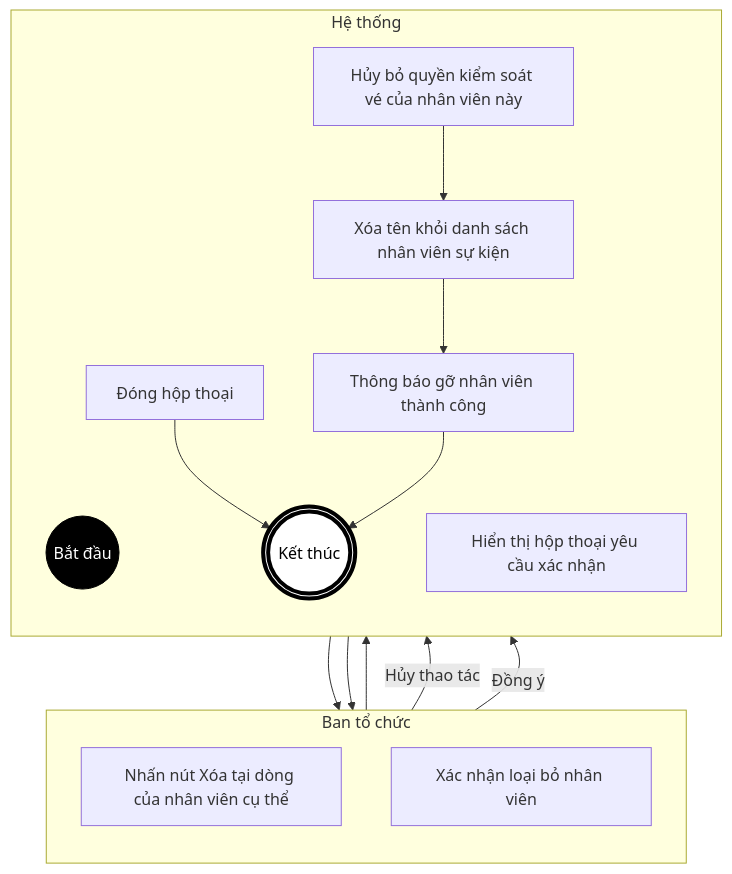
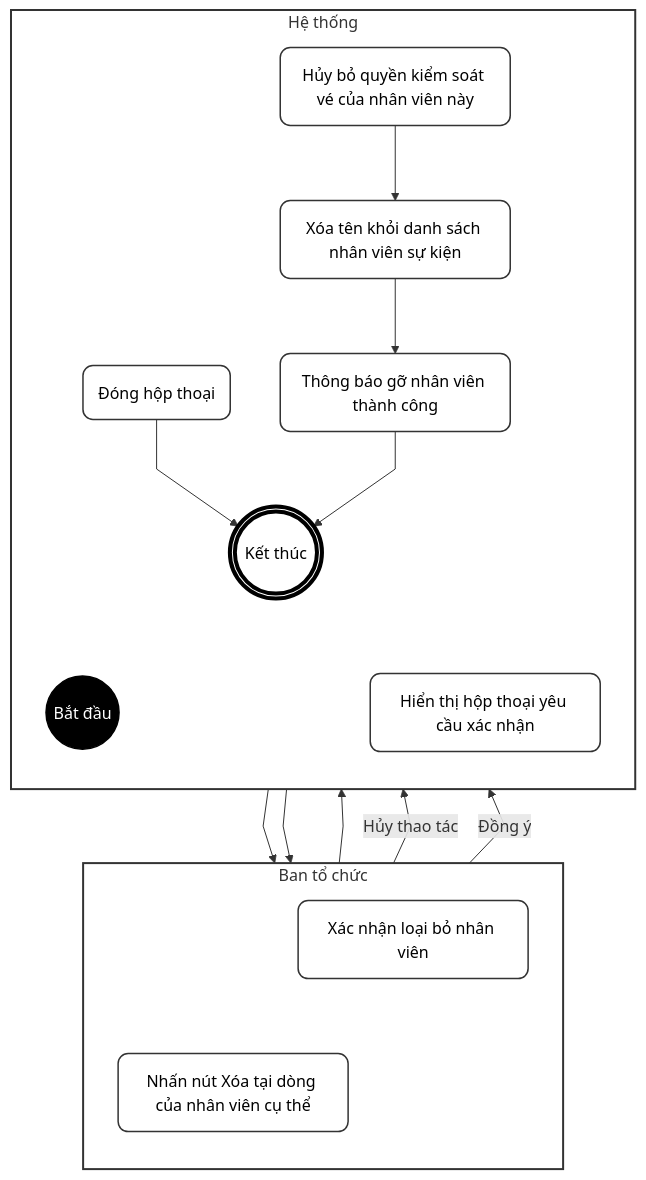
The fourth of 4 diagrams in doc/system_analysis/activity diagram/08c_activity_schedule_staff.md (ChuDucAnh21/BE-quan-ly-su-kien), drawn with Mermaid before and after one commit. The commit also changed other lines of this file and 26 other files, not shown here.

````diff
--- a/doc/system_analysis/activity diagram/08c_activity_schedule_staff.md
+++ b/doc/system_analysis/activity diagram/08c_activity_schedule_staff.md
@@ -302,34 +180,53 @@
 ```mermaid
+%%{init: {"flowchart": {"curve": "linear"}}}%%
 flowchart TD
+    classDef default fill:#fff,stroke:#333,stroke-width:1.5px,color:#000,rx:10px,ry:10px;
     classDef startNode fill:#000,stroke:#000,color:#fff;
     classDef endNode fill:#fff,stroke:#000,stroke-width:4px,color:#000;
+    classDef hidden fill:none,stroke:none,color:none;
 
     subgraph TacNhan [Ban tổ chức]
         direction TB
-        A[Nhấn nút Xóa tại dòng của nhân viên cụ thể]
-        B[Xác nhận loại bỏ nhân viên]
+        T_start(" "):::hidden
+        A(Nhấn nút Xóa tại dòng của nhân viên cụ thể)
+        B(Xác nhận loại bỏ nhân viên)
+        T_end(" "):::hidden
     end
 
     subgraph HeThong [Hệ thống]
         direction TB
+        H_start(" "):::hidden
         Start((Bắt đầu)):::startNode
-        C[Hiển thị hộp thoại yêu cầu xác nhận]
-        D[Đóng hộp thoại]
-        E[Hủy bỏ quyền kiểm soát vé của nhân viên này]
-        F[Xóa tên khỏi danh sách nhân viên sự kiện]
-        G[Thông báo gỡ nhân viên thành công]
+        C(Hiển thị hộp thoại yêu cầu xác nhận)
+        D(Đóng hộp thoại)
+        E(Hủy bỏ quyền kiểm soát vé của nhân viên này)
+        F(Xóa tên khỏi danh sách nhân viên sự kiện)
+        G(Thông báo gỡ nhân viên thành công)
         End(((Kết thúc))):::endNode
+        H_end(" "):::hidden
     end
+
+    T_start ~~~ H_start
+    T_end ~~~ H_end
+
+    T_start ~~~ A
+    B ~~~ T_end
+
+    H_start ~~~ Start
+    End ~~~ H_end
 
     Start --> A
     A --> C
     C --> B
-    
+
     B -- Hủy thao tác --> D
     D --> End
-    
+
     B -- Đồng ý --> E
     E --> F
     F --> G
     G --> End
+
+    style TacNhan fill:#fff,stroke:#333,stroke-width:2px
+    style HeThong fill:#fff,stroke:#333,stroke-width:2px
 ```
````
